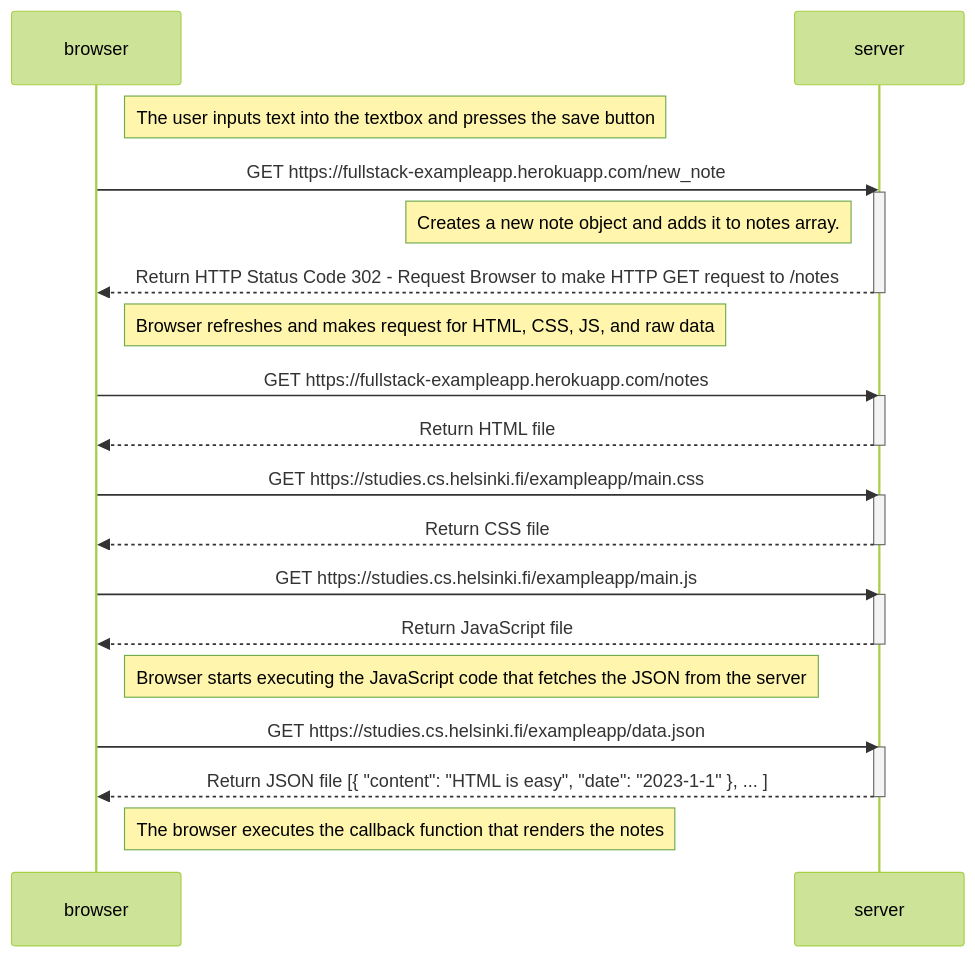
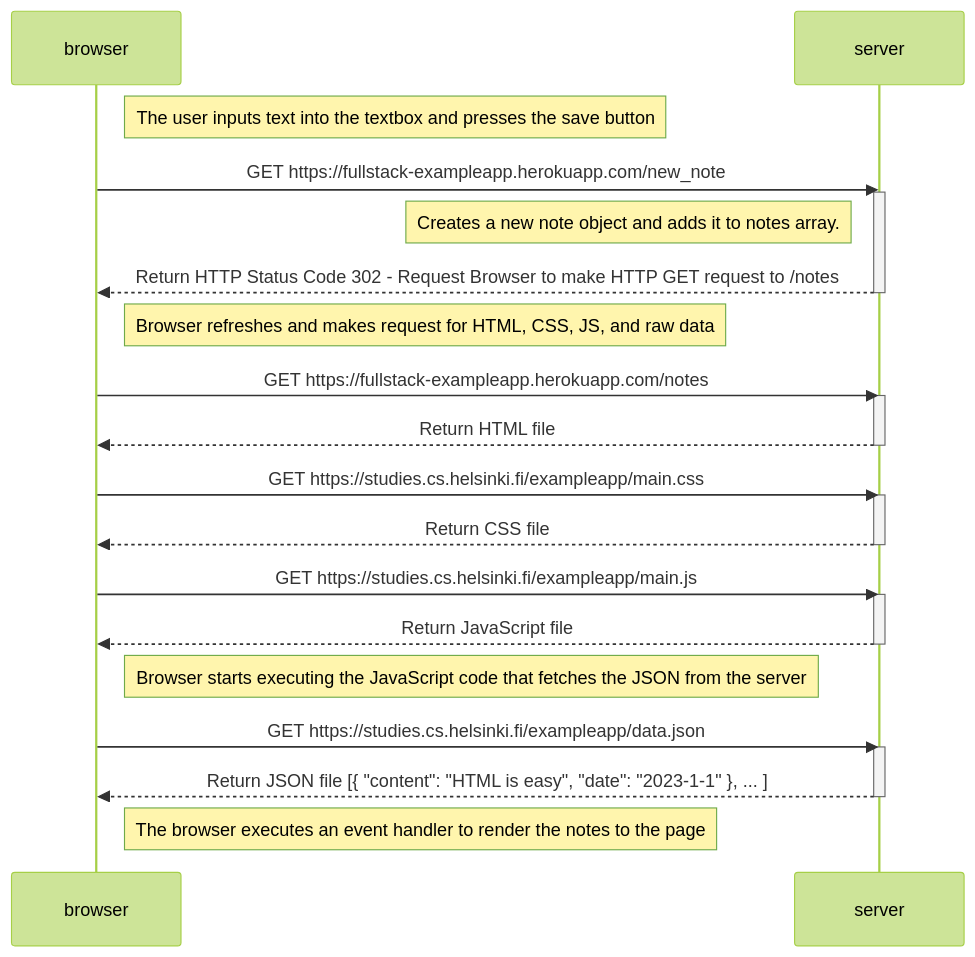
The first of 3 diagrams in README.md (matheeshan-sivalingam/FullStackOpen), drawn with Mermaid (forest theme) before and after one commit. The commit also changed other lines of this file, not shown here.

````diff
--- a/README.md
+++ b/README.md
@@ -1,37 +1,37 @@
 ```mermaid
 sequenceDiagram
     participant browser
     participant server
 
     Note right of browser: The user inputs text into the textbox and presses the save button
     browser->>server: GET https://fullstack-exampleapp.herokuapp.com/new_note
     activate server
 
  
     Note left of server: Creates a new note object and adds it to notes array.
     server-->>browser: Return HTTP Status Code 302 - Request Browser to make HTTP GET request to /notes
     deactivate server
     Note right of browser: Browser refreshes and makes request for HTML, CSS, JS, and raw data
     browser->>server: GET https://fullstack-exampleapp.herokuapp.com/notes
     activate server
     server-->>browser: Return HTML file
     deactivate server
 
     browser->>server: GET https://studies.cs.helsinki.fi/exampleapp/main.css
     activate server
     server-->>browser: Return CSS file
     deactivate server
 
     browser->>server: GET https://studies.cs.helsinki.fi/exampleapp/main.js
     activate server
     server-->>browser: Return JavaScript file
     deactivate server
     Note right of browser: Browser starts executing the JavaScript code that fetches the JSON from the server
 
     browser->>server: GET https://studies.cs.helsinki.fi/exampleapp/data.json
     activate server
     server-->>browser: Return JSON file [{ "content": "HTML is easy", "date": "2023-1-1" }, ... ]
     deactivate server
 
-    Note right of browser: The browser executes the callback function that renders the notes
+    Note right of browser: The browser executes an event handler to render the notes to the page 
 ```
````
